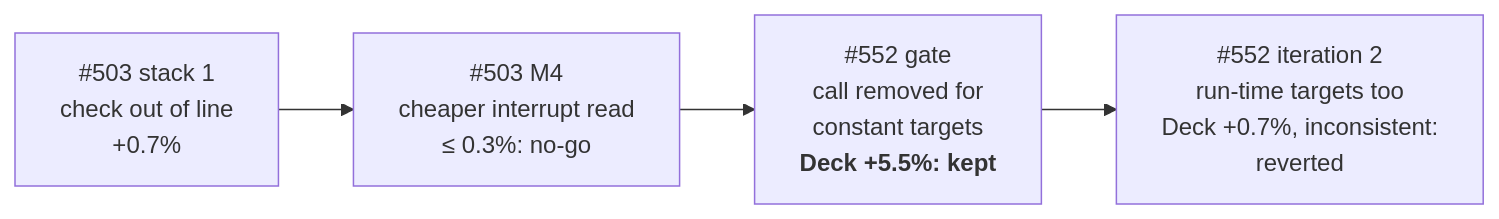
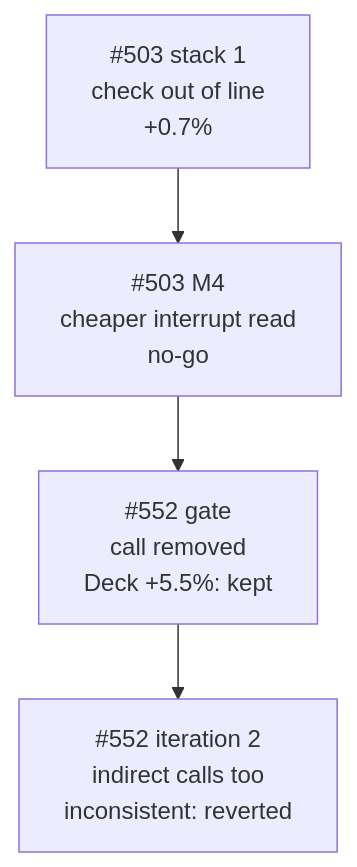
One commit to chrissotraidis/bluewake changed the fourth of 4 diagrams in docs/planning/2026-11-04-direct_call_gate/TECH_PLAN.md. Above: the diagram before and after it, drawn with Mermaid. The commit also changed other lines of this file, not shown here.

Commit message:
docs: #552 diagrams top to bottom, before then after

````diff
--- a/docs/planning/2026-11-04-direct_call_gate/TECH_PLAN.md
+++ b/docs/planning/2026-11-04-direct_call_gate/TECH_PLAN.md
@@ -53,6 +57,6 @@
 ```mermaid
-flowchart LR
-    P["#503 stack 1<br/>check out of line<br/>+0.7%"] --> M4["#503 M4<br/>cheaper interrupt read<br/>≤ 0.3%: no-go"]
-    M4 --> G1["#552 gate<br/>call removed for<br/>constant targets<br/><b>Deck +5.5%: kept</b>"]
-    G1 --> G2["#552 iteration 2<br/>run-time targets too<br/>Deck +0.7%, inconsistent:<br/>reverted"]
+flowchart TD
+    P["#503 stack 1<br/>check out of line<br/>+0.7%"] --> M4["#503 M4<br/>cheaper interrupt read<br/>no-go"]
+    M4 --> G1["#552 gate<br/>call removed<br/>Deck +5.5%: kept"]
+    G1 --> G2["#552 iteration 2<br/>indirect calls too<br/>inconsistent: reverted"]
 ```
````
